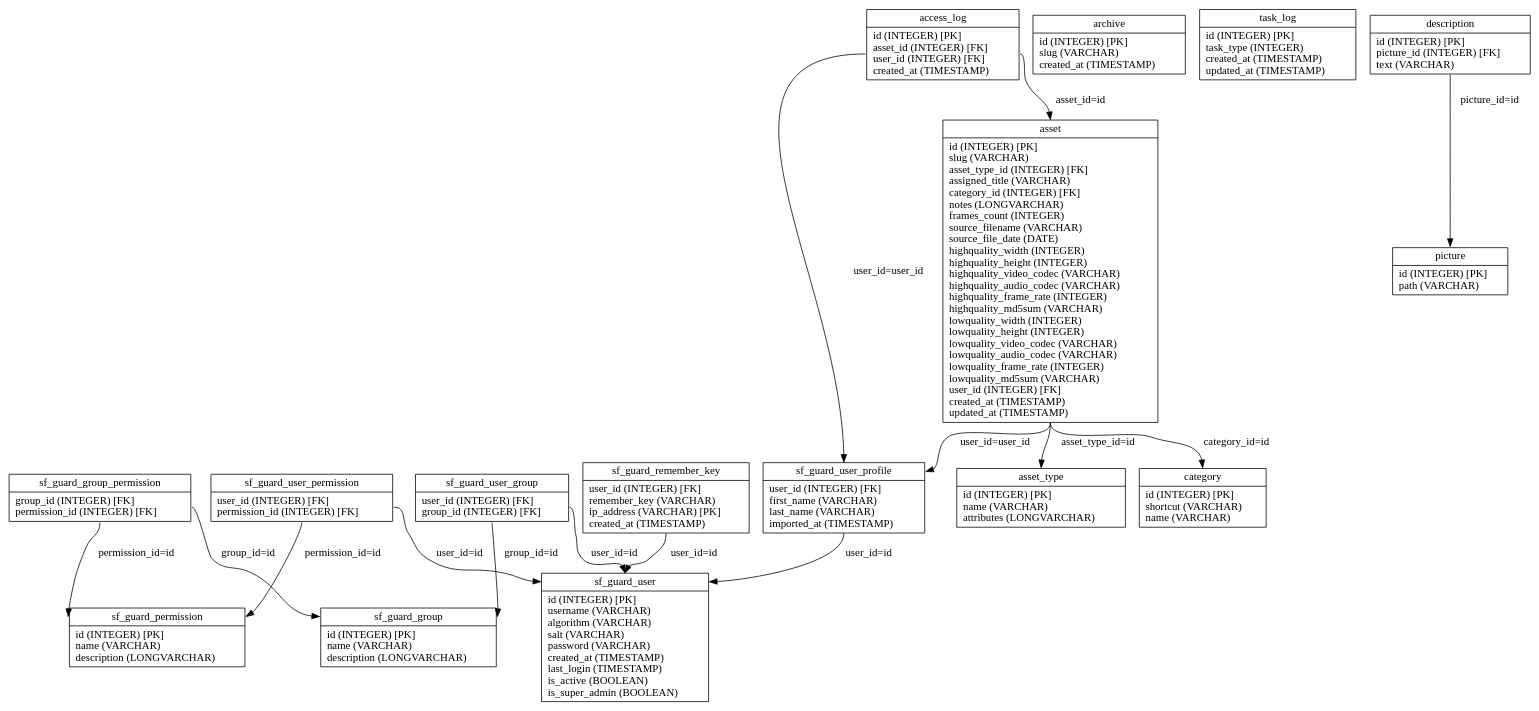
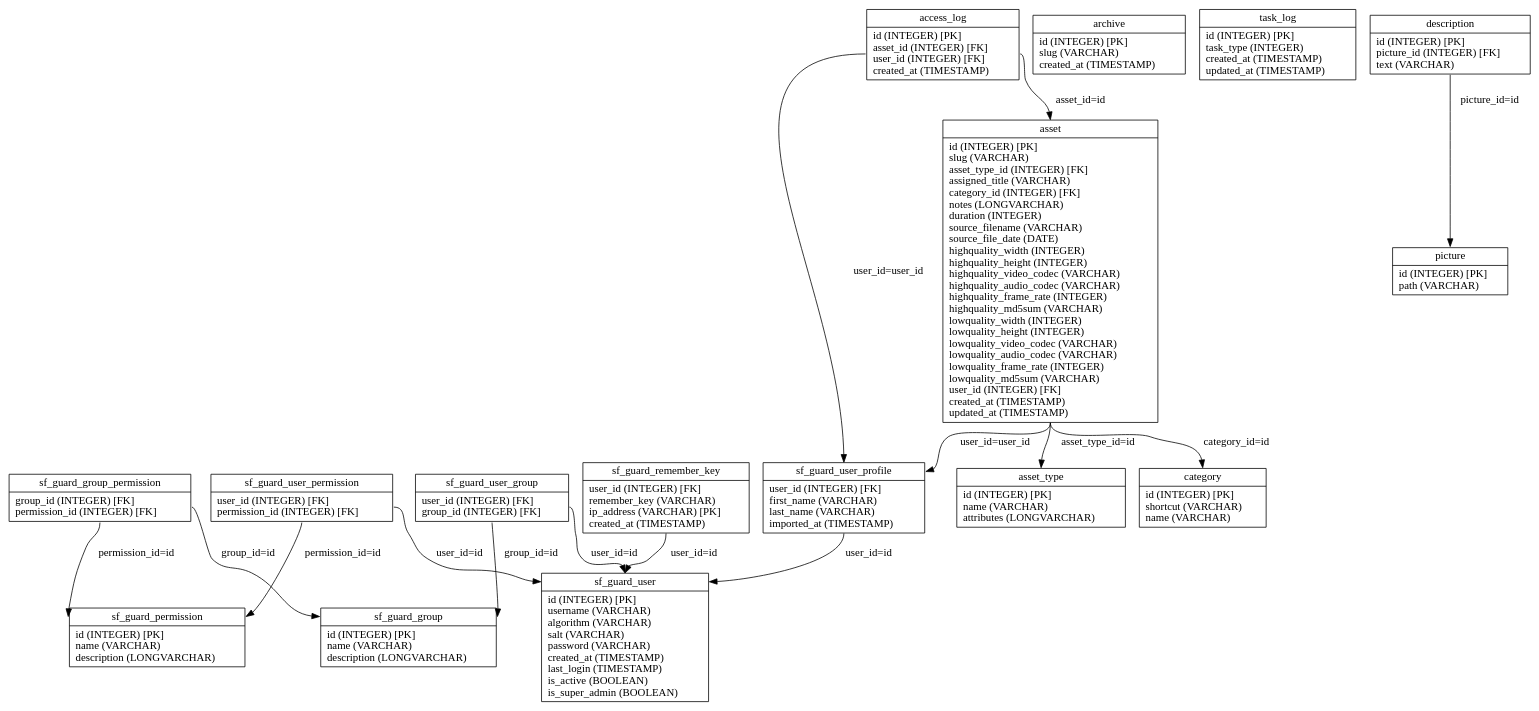
Before and after one commit to loristissino/wviola: the diagram in graph/propel.schema.dot, drawn with Graphviz. The commit also changed 57 other files, not shown here.

```diff
--- a/graph/propel.schema.dot
+++ b/graph/propel.schema.dot
@@ -1,33 +1,33 @@
 digraph G {
 nodesf_guard_group [label="{<table>sf_guard_group|<cols>id (INTEGER) [PK]\lname (VARCHAR)\ldescription (LONGVARCHAR)\l}", shape=record];
 nodesf_guard_permission [label="{<table>sf_guard_permission|<cols>id (INTEGER) [PK]\lname (VARCHAR)\ldescription (LONGVARCHAR)\l}", shape=record];
 nodesf_guard_group_permission [label="{<table>sf_guard_group_permission|<cols>group_id (INTEGER) [FK]\lpermission_id (INTEGER) [FK]\l}", shape=record];
 nodesf_guard_user [label="{<table>sf_guard_user|<cols>id (INTEGER) [PK]\lusername (VARCHAR)\lalgorithm (VARCHAR)\lsalt (VARCHAR)\lpassword (VARCHAR)\lcreated_at (TIMESTAMP)\llast_login (TIMESTAMP)\lis_active (BOOLEAN)\lis_super_admin (BOOLEAN)\l}", shape=record];
 nodesf_guard_user_permission [label="{<table>sf_guard_user_permission|<cols>user_id (INTEGER) [FK]\lpermission_id (INTEGER) [FK]\l}", shape=record];
 nodesf_guard_user_group [label="{<table>sf_guard_user_group|<cols>user_id (INTEGER) [FK]\lgroup_id (INTEGER) [FK]\l}", shape=record];
 nodesf_guard_remember_key [label="{<table>sf_guard_remember_key|<cols>user_id (INTEGER) [FK]\lremember_key (VARCHAR)\lip_address (VARCHAR) [PK]\lcreated_at (TIMESTAMP)\l}", shape=record];
 nodesf_guard_user_profile [label="{<table>sf_guard_user_profile|<cols>user_id (INTEGER) [FK]\lfirst_name (VARCHAR)\llast_name (VARCHAR)\limported_at (TIMESTAMP)\l}", shape=record];
 nodeasset_type [label="{<table>asset_type|<cols>id (INTEGER) [PK]\lname (VARCHAR)\lattributes (LONGVARCHAR)\l}", shape=record];
-nodeasset [label="{<table>asset|<cols>id (INTEGER) [PK]\lslug (VARCHAR)\lasset_type_id (INTEGER) [FK]\lassigned_title (VARCHAR)\lcategory_id (INTEGER) [FK]\lnotes (LONGVARCHAR)\lframes_count (INTEGER)\lsource_filename (VARCHAR)\lsource_file_date (DATE)\lhighquality_width (INTEGER)\lhighquality_height (INTEGER)\lhighquality_video_codec (VARCHAR)\lhighquality_audio_codec (VARCHAR)\lhighquality_frame_rate (INTEGER)\lhighquality_md5sum (VARCHAR)\llowquality_width (INTEGER)\llowquality_height (INTEGER)\llowquality_video_codec (VARCHAR)\llowquality_audio_codec (VARCHAR)\llowquality_frame_rate (INTEGER)\llowquality_md5sum (VARCHAR)\luser_id (INTEGER) [FK]\lcreated_at (TIMESTAMP)\lupdated_at (TIMESTAMP)\l}", shape=record];
+nodeasset [label="{<table>asset|<cols>id (INTEGER) [PK]\lslug (VARCHAR)\lasset_type_id (INTEGER) [FK]\lassigned_title (VARCHAR)\lcategory_id (INTEGER) [FK]\lnotes (LONGVARCHAR)\lduration (INTEGER)\lsource_filename (VARCHAR)\lsource_file_date (DATE)\lhighquality_width (INTEGER)\lhighquality_height (INTEGER)\lhighquality_video_codec (VARCHAR)\lhighquality_audio_codec (VARCHAR)\lhighquality_frame_rate (INTEGER)\lhighquality_md5sum (VARCHAR)\llowquality_width (INTEGER)\llowquality_height (INTEGER)\llowquality_video_codec (VARCHAR)\llowquality_audio_codec (VARCHAR)\llowquality_frame_rate (INTEGER)\llowquality_md5sum (VARCHAR)\luser_id (INTEGER) [FK]\lcreated_at (TIMESTAMP)\lupdated_at (TIMESTAMP)\l}", shape=record];
 nodearchive [label="{<table>archive|<cols>id (INTEGER) [PK]\lslug (VARCHAR)\lcreated_at (TIMESTAMP)\l}", shape=record];
 nodecategory [label="{<table>category|<cols>id (INTEGER) [PK]\lshortcut (VARCHAR)\lname (VARCHAR)\l}", shape=record];
 nodeaccess_log [label="{<table>access_log|<cols>id (INTEGER) [PK]\lasset_id (INTEGER) [FK]\luser_id (INTEGER) [FK]\lcreated_at (TIMESTAMP)\l}", shape=record];
 nodetask_log [label="{<table>task_log|<cols>id (INTEGER) [PK]\ltask_type (INTEGER)\lcreated_at (TIMESTAMP)\lupdated_at (TIMESTAMP)\l}", shape=record];
 nodepicture [label="{<table>picture|<cols>id (INTEGER) [PK]\lpath (VARCHAR)\l}", shape=record];
 nodedescription [label="{<table>description|<cols>id (INTEGER) [PK]\lpicture_id (INTEGER) [FK]\ltext (VARCHAR)\l}", shape=record];
 
 nodesf_guard_group_permission:cols -> nodesf_guard_group:table [label="group_id=id "];
 nodesf_guard_group_permission:cols -> nodesf_guard_permission:table [label="permission_id=id "];
 nodesf_guard_user_permission:cols -> nodesf_guard_user:table [label="user_id=id "];
 nodesf_guard_user_permission:cols -> nodesf_guard_permission:table [label="permission_id=id "];
 nodesf_guard_user_group:cols -> nodesf_guard_user:table [label="user_id=id "];
 nodesf_guard_user_group:cols -> nodesf_guard_group:table [label="group_id=id "];
 nodesf_guard_remember_key:cols -> nodesf_guard_user:table [label="user_id=id "];
 nodesf_guard_user_profile:cols -> nodesf_guard_user:table [label="user_id=id "];
 nodeasset:cols -> nodeasset_type:table [label="asset_type_id=id "];
 nodeasset:cols -> nodecategory:table [label="category_id=id "];
 nodeasset:cols -> nodesf_guard_user_profile:table [label="user_id=user_id "];
 nodeaccess_log:cols -> nodeasset:table [label="asset_id=id "];
 nodeaccess_log:cols -> nodesf_guard_user_profile:table [label="user_id=user_id "];
 nodedescription:cols -> nodepicture:table [label="picture_id=id "];
 }
```
